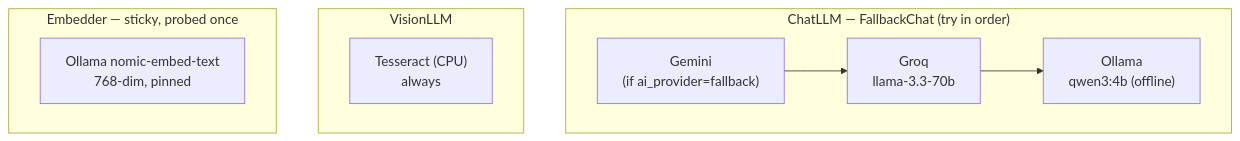
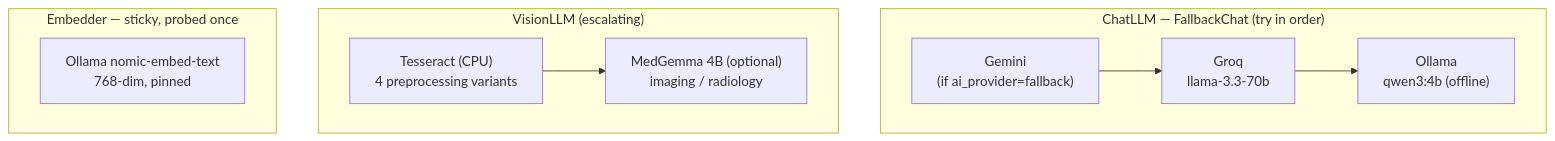
The sixth of 7 diagrams in README.md (shyan23/keeper), drawn with Mermaid before and after one commit. The commit also changed other lines of this file and 13 other files, not shown here.

Commit message:
GRAPH: BOTH UI AND DB

````diff
--- a/README.md
+++ b/README.md
@@ -381,15 +468,15 @@
 ```mermaid
 flowchart TB
     subgraph Chat["ChatLLM — FallbackChat (try in order)"]
         direction LR
         A["Gemini<br/>(if ai_provider=fallback)"] --> B["Groq<br/>llama-3.3-70b"] --> C["Ollama<br/>qwen3:4b (offline)"]
     end
 
-    subgraph Vis["VisionLLM"]
-        T["Tesseract (CPU)<br/>always"]
+    subgraph Vis["VisionLLM (escalating)"]
+        T["Tesseract (CPU)<br/>4 preprocessing variants"] --> MG["MedGemma 4B (optional)<br/>imaging / radiology"]
     end
 
     subgraph Emb["Embedder — sticky, probed once"]
         N["Ollama nomic-embed-text<br/>768-dim, pinned"]
     end
 ```
````
